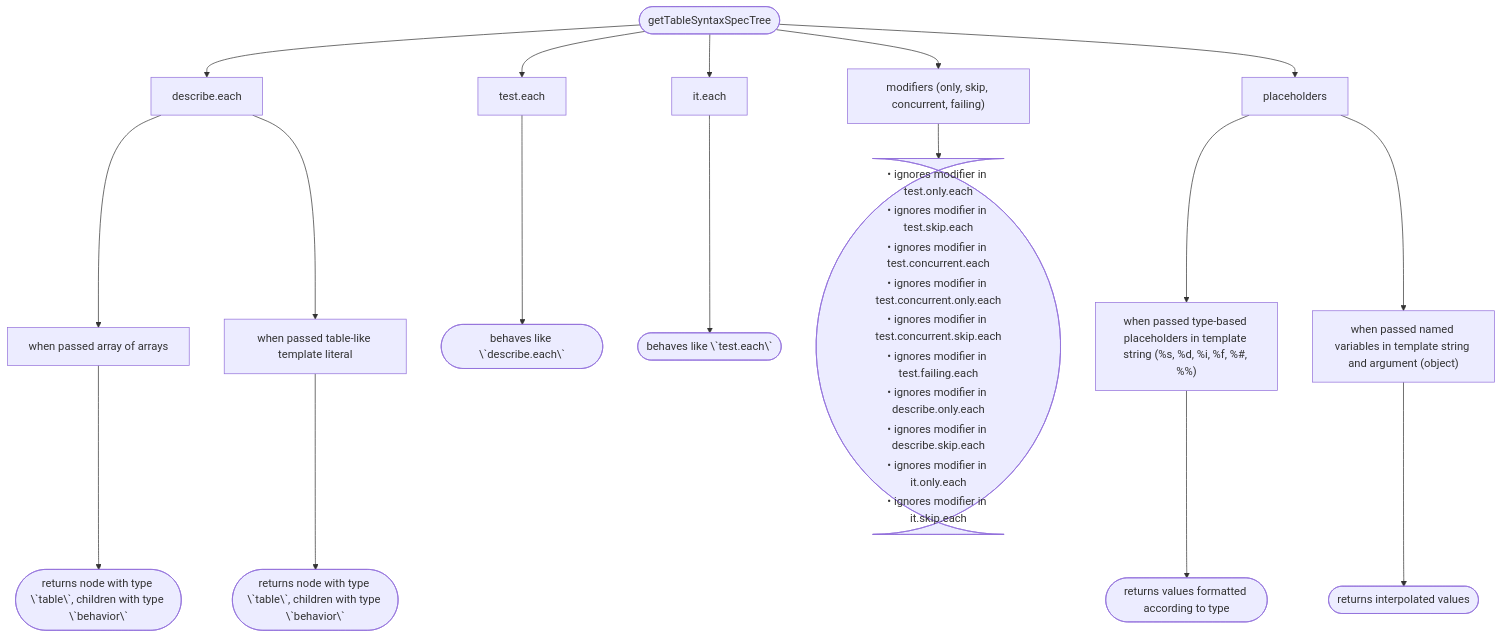
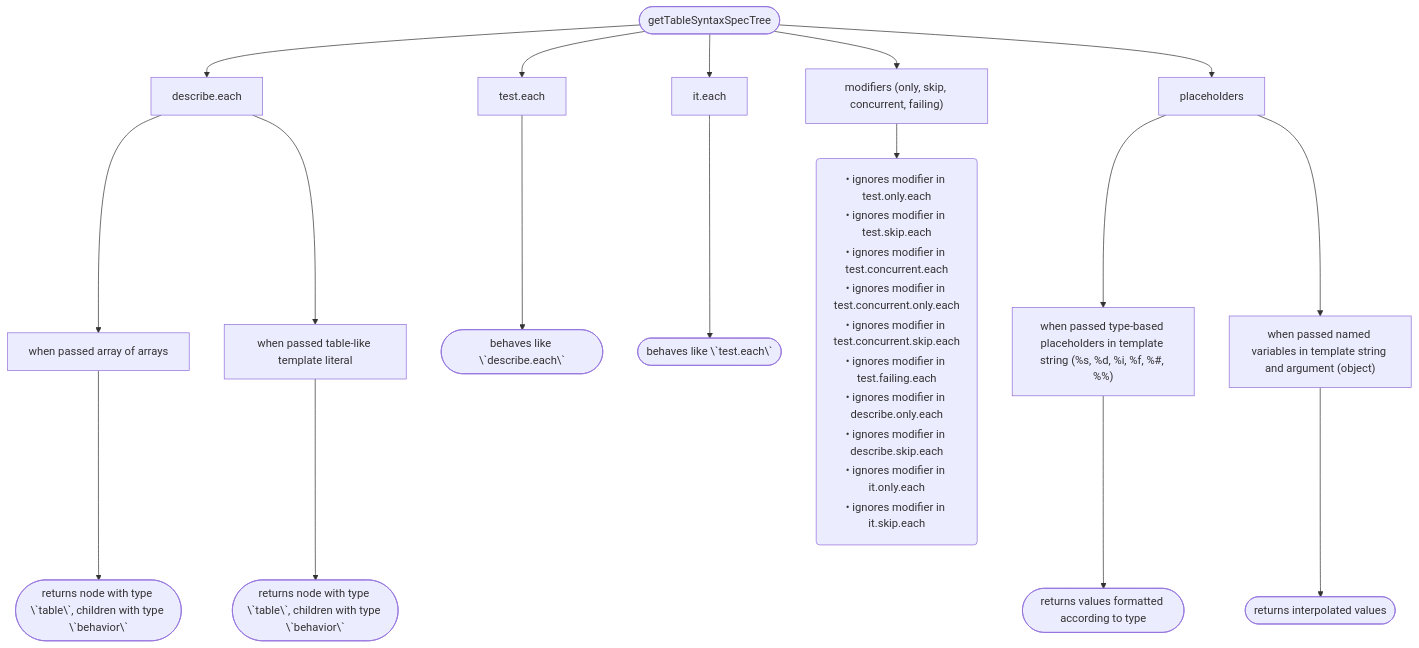
One commit to arnaudrenaud/speccharts changed the fourth of 9 diagrams in speccharts.md. Above: the diagram before and after it, drawn with Mermaid. The commit also changed other lines of this file, not shown here.

````diff
--- a/speccharts.md
+++ b/speccharts.md
@@ -70,36 +70,36 @@
 ```mermaid
 flowchart TD
 N0(["getTableSyntaxSpecTree"])
 N1["describe.each"]
 N0 --> N1
 N2["when passed array of arrays"]
 N1 --> N2
 N3(["returns node with type \`table\`, children with type \`behavior\`"])
 N2 --> N3
 N4["when passed table-like template literal"]
 N1 --> N4
 N5(["returns node with type \`table\`, children with type \`behavior\`"])
 N4 --> N5
 N6["test.each"]
 N0 --> N6
 N7(["behaves like \`describe.each\`"])
 N6 --> N7
 N8["it.each"]
 N0 --> N8
 N9(["behaves like \`test.each\`"])
 N8 --> N9
 N10["modifiers (only, skip, concurrent, failing)"]
 N0 --> N10
-N11(["<table><tr><td>• ignores modifier in test.only.each</td></tr><tr><td>• ignores modifier in test.skip.each</td></tr><tr><td>• ignores modifier in test.concurrent.each</td></tr><tr><td>• ignores modifier in test.concurrent.only.each</td></tr><tr><td>• ignores modifier in test.concurrent.skip.each</td></tr><tr><td>• ignores modifier in test.failing.each</td></tr><tr><td>• ignores modifier in describe.only.each</td></tr><tr><td>• ignores modifier in describe.skip.each</td></tr><tr><td>• ignores modifier in it.only.each</td></tr><tr><td>• ignores modifier in it.skip.each</td></tr></table>"])
+N11("<table><tr><td>• ignores modifier in test.only.each</td></tr><tr><td>• ignores modifier in test.skip.each</td></tr><tr><td>• ignores modifier in test.concurrent.each</td></tr><tr><td>• ignores modifier in test.concurrent.only.each</td></tr><tr><td>• ignores modifier in test.concurrent.skip.each</td></tr><tr><td>• ignores modifier in test.failing.each</td></tr><tr><td>• ignores modifier in describe.only.each</td></tr><tr><td>• ignores modifier in describe.skip.each</td></tr><tr><td>• ignores modifier in it.only.each</td></tr><tr><td>• ignores modifier in it.skip.each</td></tr></table>")
 N10 --> N11
 N12["placeholders"]
 N0 --> N12
 N13["when passed type-based placeholders in template string (%s, %d, %i, %f, %#, %%)"]
 N12 --> N13
 N14(["returns values formatted according to type"])
 N13 --> N14
 N15["when passed named variables in template string and argument (object)"]
 N12 --> N15
 N16(["returns interpolated values"])
 N15 --> N16
 ```
````
